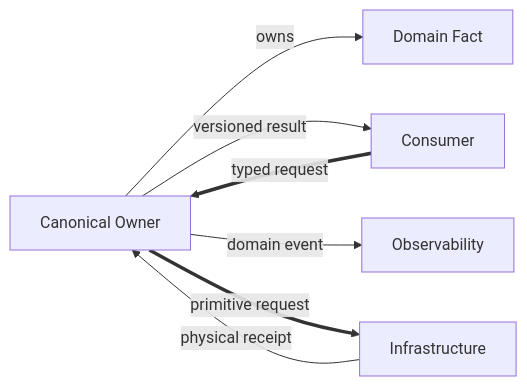
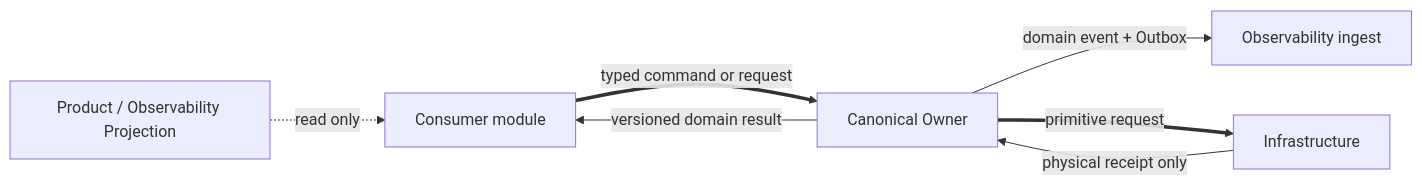
Before and after one commit to ProfessorZhi/Zuno: diagram 17 of 30 in .agent/architecture/architecture-views.md, drawn with Mermaid. The commit also changed other lines of this file and 22 other files, not shown here.

Commit message:
docs: realign total architecture with canonical modules

````diff
--- a/.agent/architecture/architecture-views.md
+++ b/.agent/architecture/architecture-views.md
@@ -281,9 +318,9 @@
 ```mermaid
 flowchart LR
-  OWNER[Canonical Owner] -->|owns| FACT[Domain Fact]
-  CONSUMER[Consumer] ==>|typed request| OWNER
-  OWNER -->|versioned result| CONSUMER
-  OWNER -->|domain event| OBS[Observability]
+  CONSUMER[Consumer module] ==>|typed command or request| OWNER[Canonical Owner]
+  OWNER -->|versioned domain result| CONSUMER
+  OWNER -->|domain event + Outbox| OBS[Observability ingest]
   OWNER ==>|primitive request| INF[Infrastructure]
-  INF -->|physical receipt| OWNER
+  INF -->|physical receipt only| OWNER
+  PROJ[Product / Observability Projection] -. read only .-> CONSUMER
 ```
````
